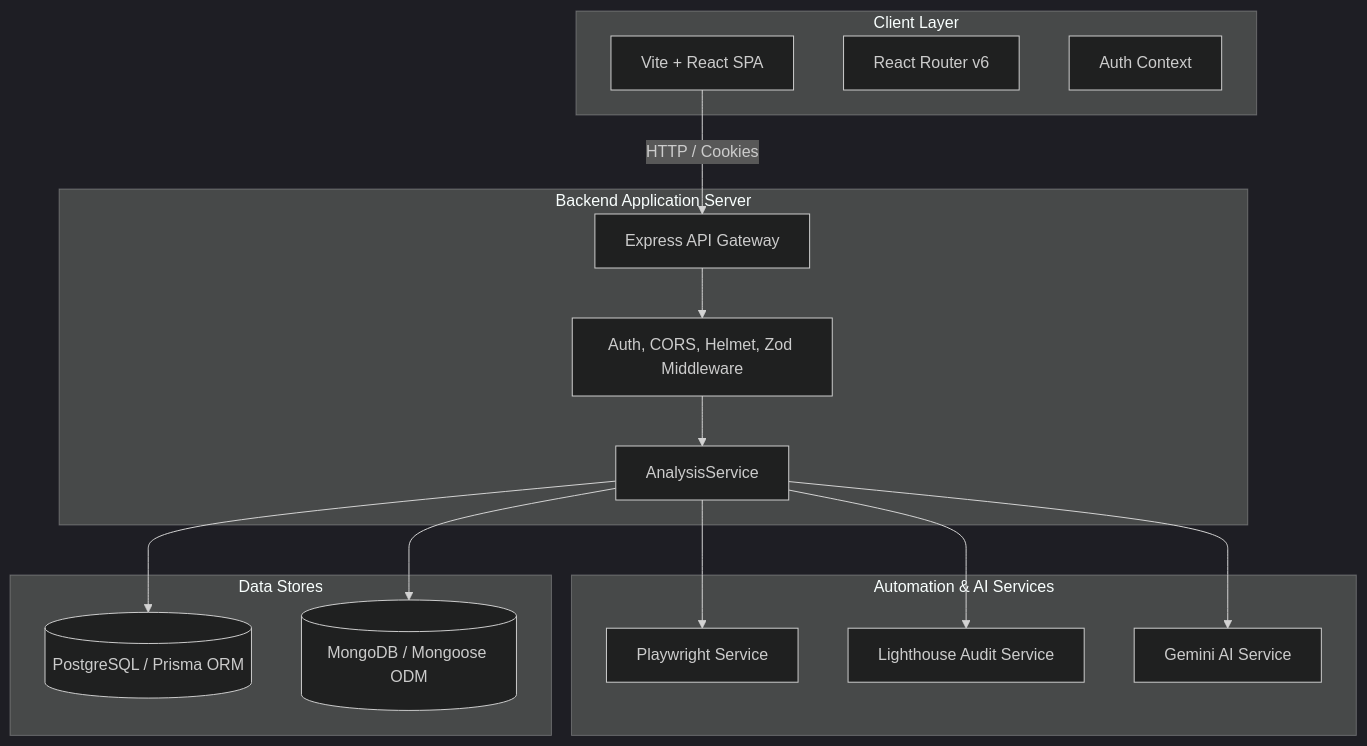
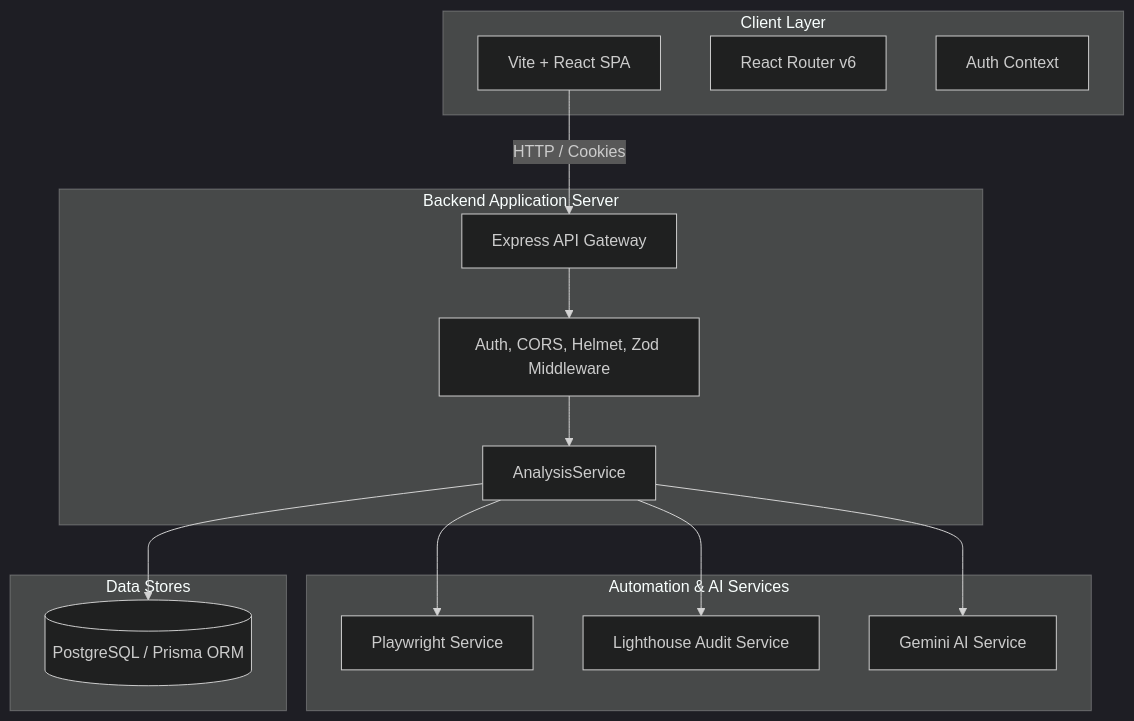
Before and after one commit to PrithviDRajvanshi/UIVerdict.: the second of 4 diagrams in README.md, drawn with Mermaid (dark theme). The commit also changed other lines of this file and 45 other files, not shown here.

````diff
--- a/README.md
+++ b/README.md
@@ -85,34 +84,32 @@
 ```mermaid
 graph TB
     subgraph Client Layer
         Vite[Vite + React SPA]
         Router[React Router v6]
         AuthCtx[Auth Context]
     end
 
     subgraph Backend Application Server
         Express[Express API Gateway]
         Middleware[Auth, CORS, Helmet, Zod Middleware]
         AnalysisSvc[AnalysisService]
     end
 
     subgraph Automation & AI Services
         Playwright[Playwright Service]
         Lighthouse[Lighthouse Audit Service]
         Gemini[Gemini AI Service]
     end
 
     subgraph Data Stores
         Prisma[(PostgreSQL / Prisma ORM)]
-        Mongo[(MongoDB / Mongoose ODM)]
     end
 
     Vite -->|HTTP / Cookies| Express
     Express --> Middleware
     Middleware --> AnalysisSvc
     AnalysisSvc --> Playwright
     AnalysisSvc --> Lighthouse
     AnalysisSvc --> Gemini
     AnalysisSvc --> Prisma
-    AnalysisSvc --> Mongo
 ```
````
